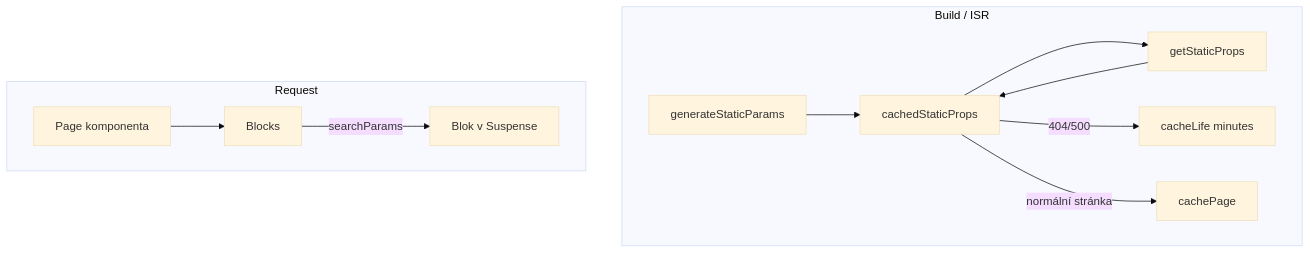
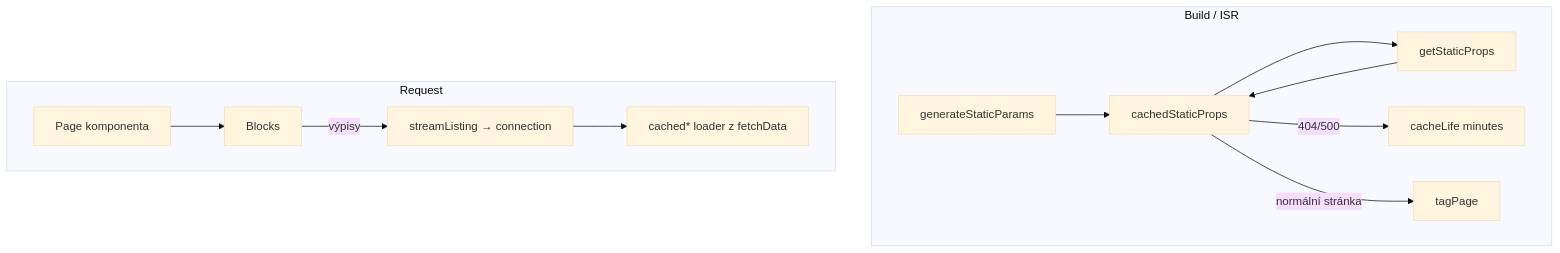
Before and after one commit to SKLINET/strapi-boilerplate: the diagram in CACHE-COMPONENTS.md, drawn with Mermaid (base theme). The commit also changed other lines of this file and 380 other files, not shown here.

````diff
--- a/CACHE-COMPONENTS.md
+++ b/CACHE-COMPONENTS.md
@@ -11,16 +13,17 @@
 ```mermaid
 flowchart TD
     subgraph build [Build / ISR]
         GSP[generateStaticParams]
         GSP --> CSP[cachedStaticProps]
         CSP --> GSP2[getStaticProps]
         GSP2 --> CSP
         CSP --> |404/500| CL[cacheLife minutes]
-        CSP --> |normální stránka| CP[cachePage]
+        CSP --> |normální stránka| TP[tagPage]
     end
     subgraph request [Request]
         Page[Page komponenta]
         Page --> Blocks[Blocks]
-        Blocks --> |searchParams| Block[Blok v Suspense]
+        Blocks --> |výpisy| SL[streamListing → connection]
+        SL --> FD[cached* loader z fetchData]
     end
 ```
````
